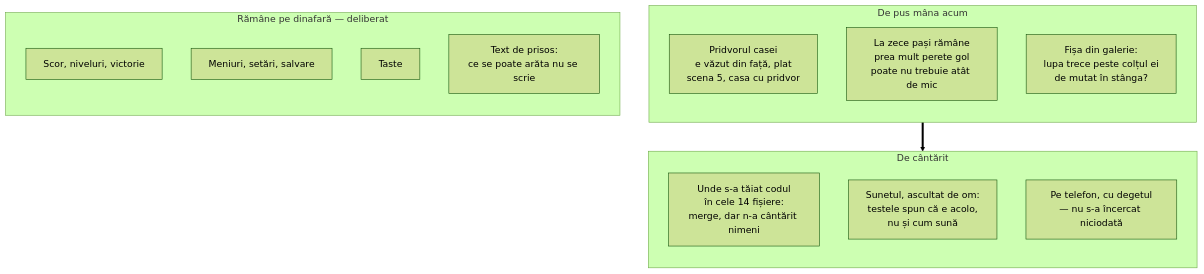
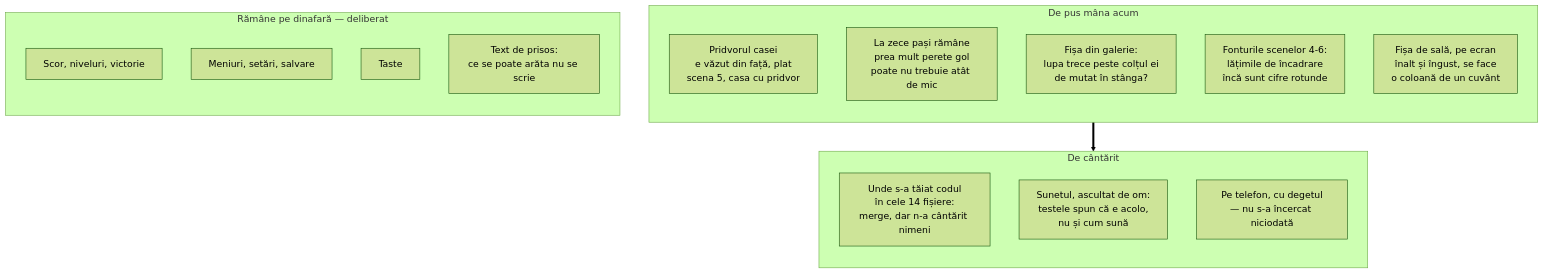
The eighth of 8 diagrams in ARCHITECTURE.md (Whit3G9dNess/Viata-dintr-o-atingere), drawn with Mermaid (forest theme) before and after one commit. The commit also changed other lines of this file and 13 other files, not shown here.

````diff
--- a/ARCHITECTURE.md
+++ b/ARCHITECTURE.md
@@ -204,23 +280,25 @@
 ```mermaid
 flowchart TB
   subgraph ACUM["De pus mâna acum"]
     direction TB
     N1["Pridvorul casei<br/>e văzut din față, plat<br/>scena 5, casa cu pridvor"]
     N2["La zece pași rămâne<br/>prea mult perete gol<br/>poate nu trebuie atât de mic"]
     N3["Fișa din galerie:<br/>lupa trece peste colțul ei<br/>de mutat în stânga?"]
+    N4["Fonturile scenelor 4-6:<br/>lățimile de încadrare<br/>încă sunt cifre rotunde"]
+    N5["Fișa de sală, pe ecran<br/>înalt și îngust, se face<br/>o coloană de un cuvânt"]
   end
   subgraph APOI["De cântărit"]
     direction TB
     M1["Unde s-a tăiat codul<br/>în cele 14 fișiere:<br/>merge, dar n-a cântărit nimeni"]
     M2["Sunetul, ascultat de om:<br/>testele spun că e acolo,<br/>nu și cum sună"]
     M3["Pe telefon, cu degetul<br/>— nu s-a încercat niciodată"]
   end
   subgraph NICIODATA["Rămâne pe dinafară — deliberat"]
     direction TB
     X1["Scor, niveluri, victorie"]
     X2["Meniuri, setări, salvare"]
     X3["Taste"]
     X4["Text de prisos:<br/>ce se poate arăta nu se scrie"]
   end
   ACUM ==> APOI
 ```
````
